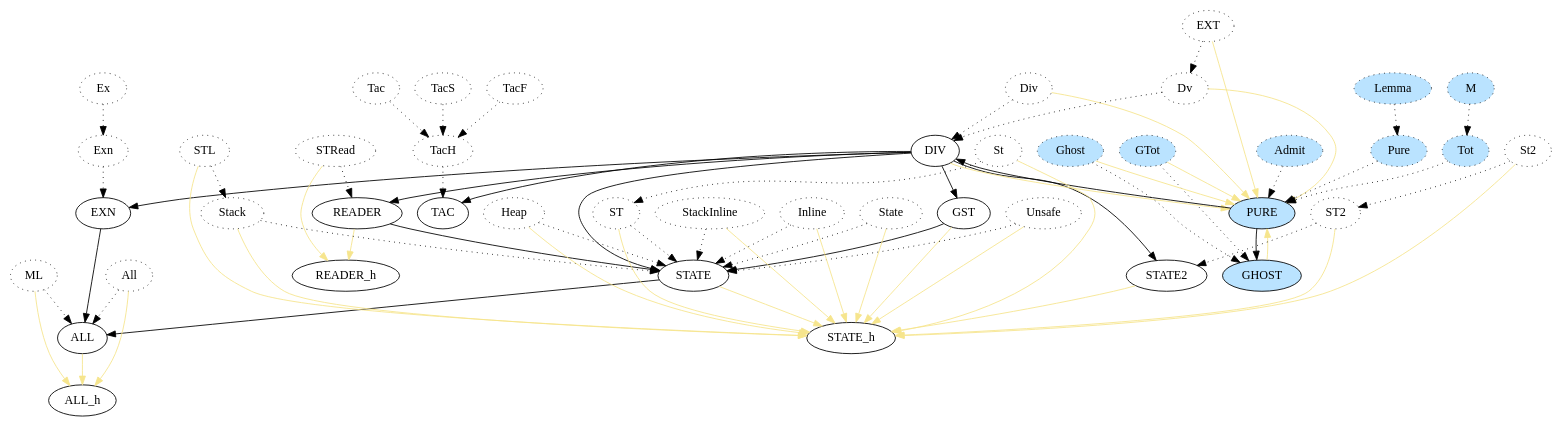
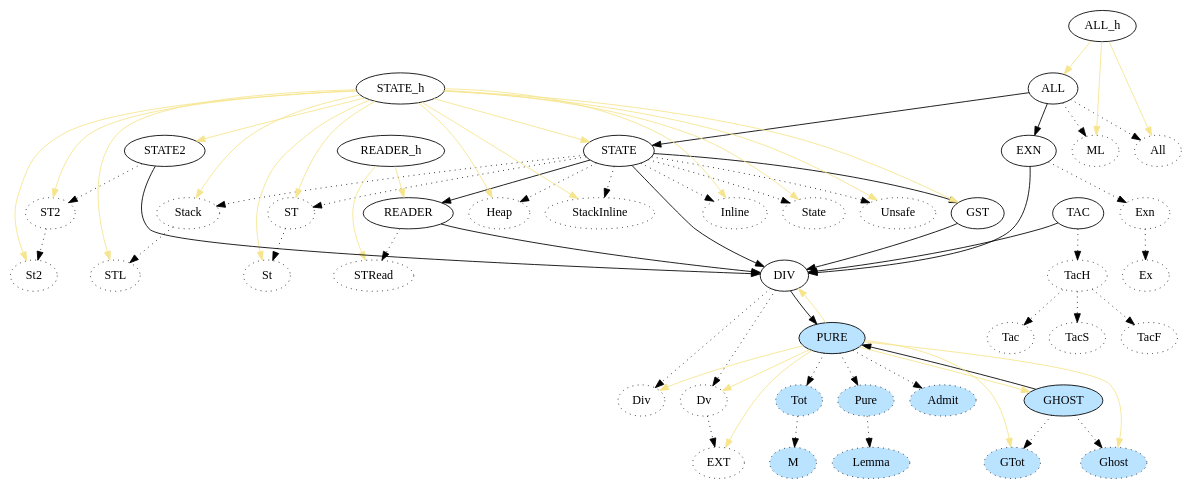
Before and after one commit to W95Psp/fstar-effects-graph-builder: the diagram in effect-lattice.dot, drawn with Graphviz. The commit also changed 4 other files, not shown here.

```diff
--- a/effect-lattice.dot
+++ b/effect-lattice.dot
@@ -1,114 +1,114 @@
 digraph G {
 ALL[tooltip="FStar.HyperStack.All.fst:23",URL="http://github.com/FStarLang/FStar/blob/master/ulib/FStar.HyperStack.All.fst#L23"];
 GST[tooltip="FStar.ST.fst:26",URL="http://github.com/FStarLang/FStar/blob/master/ulib/FStar.ST.fst#L26"];
 STATE[tooltip="reclaimable/FStar.ST.fst:29",URL="http://github.com/FStarLang/FStar/blob/master/ulib/reclaimable/FStar.ST.fst#L29"];
 DIV[tooltip="FStar.Pervasives.fst:36",URL="http://github.com/FStarLang/FStar/blob/master/ulib/FStar.Pervasives.fst#L36"];
 STATE_h[tooltip="FStar.Pervasives.fst:99",URL="http://github.com/FStarLang/FStar/blob/master/ulib/FStar.Pervasives.fst#L99"];
 EXN[tooltip="FStar.Pervasives.fst:154",URL="http://github.com/FStarLang/FStar/blob/master/ulib/FStar.Pervasives.fst#L154"];
 ALL_h[tooltip="FStar.Pervasives.fst:222",URL="http://github.com/FStarLang/FStar/blob/master/ulib/FStar.Pervasives.fst#L222"];
 READER[tooltip="FStar.Reader.fst:82",URL="http://github.com/FStarLang/FStar/blob/master/ulib/FStar.Reader.fst#L82"];
 READER_h[tooltip="FStar.Reader.fst:68",URL="http://github.com/FStarLang/FStar/blob/master/ulib/FStar.Reader.fst#L68"];
 STATE2[tooltip="FStar.Relational.Comp.fst:24",URL="http://github.com/FStarLang/FStar/blob/master/ulib/FStar.Relational.Comp.fst#L24"];
 TAC[tooltip="FStar.Tactics.Effect.fst:83",URL="http://github.com/FStarLang/FStar/blob/master/ulib/FStar.Tactics.Effect.fst#L83"];
 GHOST[style="filled",fillcolor="#bae3ff",tooltip="prims.fst:243",URL="http://github.com/FStarLang/FStar/blob/master/ulib/prims.fst#L243"];
 PURE[style="filled",fillcolor="#bae3ff",tooltip="prims.fst:218",URL="http://github.com/FStarLang/FStar/blob/master/ulib/prims.fst#L218"];
+STRead[style="dotted",tooltip="FStar.Reader.fst:83",URL="http://github.com/FStarLang/FStar/blob/master/ulib/FStar.Reader.fst#L83"];
 All[style="dotted",tooltip="FStar.All.fst:33",URL="http://github.com/FStarLang/FStar/blob/master/ulib/FStar.All.fst#L33"];
-ML[style="dotted",tooltip="FStar.All.fst:37",URL="http://github.com/FStarLang/FStar/blob/master/ulib/FStar.All.fst#L37"];
 Unsafe[style="dotted",tooltip="FStar.HyperStack.ST.fsti:97",URL="http://github.com/FStarLang/FStar/blob/master/ulib/FStar.HyperStack.ST.fsti#L97"];
 Stack[style="dotted",tooltip="FStar.HyperStack.ST.fsti:202",URL="http://github.com/FStarLang/FStar/blob/master/ulib/FStar.HyperStack.ST.fsti#L202"];
 Heap[style="dotted",tooltip="FStar.HyperStack.ST.fsti:213",URL="http://github.com/FStarLang/FStar/blob/master/ulib/FStar.HyperStack.ST.fsti#L213"];
 ST[style="dotted",tooltip="FStar.HyperStack.ST.fsti:226",URL="http://github.com/FStarLang/FStar/blob/master/ulib/FStar.HyperStack.ST.fsti#L226"];
 St[style="dotted",tooltip="FStar.HyperStack.ST.fsti:229",URL="http://github.com/FStarLang/FStar/blob/master/ulib/FStar.HyperStack.ST.fsti#L229"];
 StackInline[style="dotted",tooltip="FStar.HyperStack.ST.fsti:246",URL="http://github.com/FStarLang/FStar/blob/master/ulib/FStar.HyperStack.ST.fsti#L246"];
 Inline[style="dotted",tooltip="FStar.HyperStack.ST.fsti:264",URL="http://github.com/FStarLang/FStar/blob/master/ulib/FStar.HyperStack.ST.fsti#L264"];
 STL[style="dotted",tooltip="FStar.HyperStack.ST.fsti:272",URL="http://github.com/FStarLang/FStar/blob/master/ulib/FStar.HyperStack.ST.fsti#L272"];
 Div[style="dotted",tooltip="FStar.Pervasives.fst:38",URL="http://github.com/FStarLang/FStar/blob/master/ulib/FStar.Pervasives.fst#L38"];
 Dv[style="dotted",tooltip="FStar.Pervasives.fst:41",URL="http://github.com/FStarLang/FStar/blob/master/ulib/FStar.Pervasives.fst#L41"];
 EXT[style="dotted",tooltip="FStar.Pervasives.fst:47",URL="http://github.com/FStarLang/FStar/blob/master/ulib/FStar.Pervasives.fst#L47"];
 Exn[style="dotted",tooltip="FStar.Pervasives.fst:168",URL="http://github.com/FStarLang/FStar/blob/master/ulib/FStar.Pervasives.fst#L168"];
 Ex[style="dotted",tooltip="FStar.Pervasives.fst:173",URL="http://github.com/FStarLang/FStar/blob/master/ulib/FStar.Pervasives.fst#L173"];
-STRead[style="dotted",tooltip="FStar.Reader.fst:83",URL="http://github.com/FStarLang/FStar/blob/master/ulib/FStar.Reader.fst#L83"];
+ML[style="dotted",tooltip="FStar.All.fst:37",URL="http://github.com/FStarLang/FStar/blob/master/ulib/FStar.All.fst#L37"];
 ST2[style="dotted",tooltip="FStar.Relational.Comp.fst:29",URL="http://github.com/FStarLang/FStar/blob/master/ulib/FStar.Relational.Comp.fst#L29"];
 St2[style="dotted",tooltip="FStar.Relational.Comp.fst:32",URL="http://github.com/FStarLang/FStar/blob/master/ulib/FStar.Relational.Comp.fst#L32"];
 State[style="dotted",tooltip="FStar.ST.fst:69",URL="http://github.com/FStarLang/FStar/blob/master/ulib/FStar.ST.fst#L69"];
 TacH[style="dotted",tooltip="FStar.Tactics.Effect.fst:93",URL="http://github.com/FStarLang/FStar/blob/master/ulib/FStar.Tactics.Effect.fst#L93"];
 Tac[style="dotted",tooltip="FStar.Tactics.Effect.fst:97",URL="http://github.com/FStarLang/FStar/blob/master/ulib/FStar.Tactics.Effect.fst#L97"];
 TacS[style="dotted",tooltip="FStar.Tactics.Effect.fst:100",URL="http://github.com/FStarLang/FStar/blob/master/ulib/FStar.Tactics.Effect.fst#L100"];
 TacF[style="dotted",tooltip="FStar.Tactics.Effect.fst:103",URL="http://github.com/FStarLang/FStar/blob/master/ulib/FStar.Tactics.Effect.fst#L103"];
 Pure[style="dotted,filled",fillcolor="#bae3ff",tooltip="prims.fst:236",URL="http://github.com/FStarLang/FStar/blob/master/ulib/prims.fst#L236"];
 Admit[style="dotted,filled",fillcolor="#bae3ff",tooltip="prims.fst:238",URL="http://github.com/FStarLang/FStar/blob/master/ulib/prims.fst#L238"];
 Tot[style="dotted,filled",fillcolor="#bae3ff",tooltip="prims.fst:242",URL="http://github.com/FStarLang/FStar/blob/master/ulib/prims.fst#L242"];
 GTot[style="dotted,filled",fillcolor="#bae3ff",tooltip="prims.fst:254",URL="http://github.com/FStarLang/FStar/blob/master/ulib/prims.fst#L254"];
 Ghost[style="dotted,filled",fillcolor="#bae3ff",tooltip="prims.fst:255",URL="http://github.com/FStarLang/FStar/blob/master/ulib/prims.fst#L255"];
 Lemma[style="dotted,filled",fillcolor="#bae3ff",tooltip="prims.fst:392",URL="http://github.com/FStarLang/FStar/blob/master/ulib/prims.fst#L392"];
 M[style="dotted,filled",fillcolor="#bae3ff",tooltip="prims.fst:398",URL="http://github.com/FStarLang/FStar/blob/master/ulib/prims.fst#L398"];
-GST->STATE[tooltip="FStar.ST.fst:68",URL="http://github.com/FStarLang/FStar/blob/master/ulib/FStar.ST.fst#L68"];
-STATE->ALL[tooltip="FStar.HyperStack.All.fst:26",URL="http://github.com/FStarLang/FStar/blob/master/ulib/FStar.HyperStack.All.fst#L26"];
-DIV->GST[tooltip="FStar.ST.fst:34",URL="http://github.com/FStarLang/FStar/blob/master/ulib/FStar.ST.fst#L34"];
-DIV->STATE[tooltip="reclaimable/FStar.ST.fst:31",URL="http://github.com/FStarLang/FStar/blob/master/ulib/reclaimable/FStar.ST.fst#L31"];
-DIV->EXN[tooltip="FStar.Pervasives.fst:172",URL="http://github.com/FStarLang/FStar/blob/master/ulib/FStar.Pervasives.fst#L172"];
-DIV->READER[tooltip="FStar.Reader.fst:95",URL="http://github.com/FStarLang/FStar/blob/master/ulib/FStar.Reader.fst#L95"];
-DIV->STATE2[tooltip="FStar.Relational.Comp.fst:33",URL="http://github.com/FStarLang/FStar/blob/master/ulib/FStar.Relational.Comp.fst#L33"];
-DIV->TAC[tooltip="FStar.Tactics.Effect.fst:109",URL="http://github.com/FStarLang/FStar/blob/master/ulib/FStar.Tactics.Effect.fst#L109"];
-EXN->ALL[tooltip="FStar.HyperStack.All.fst:29",URL="http://github.com/FStarLang/FStar/blob/master/ulib/FStar.HyperStack.All.fst#L29"];
-READER->STATE[tooltip="FStar.Reader.fst:93",URL="http://github.com/FStarLang/FStar/blob/master/ulib/FStar.Reader.fst#L93"];
-PURE->DIV[tooltip="FStar.Pervasives.fst:37",URL="http://github.com/FStarLang/FStar/blob/master/ulib/FStar.Pervasives.fst#L37"];
-PURE->GHOST[tooltip="prims.fst:250",URL="http://github.com/FStarLang/FStar/blob/master/ulib/prims.fst#L250"];
-All->ALL[style="dotted"];
-ML->ALL[style="dotted"];
-Unsafe->STATE[style="dotted"];
-Stack->STATE[style="dotted"];
-Heap->STATE[style="dotted"];
-ST->STATE[style="dotted"];
-St->ST[style="dotted"];
-StackInline->STATE[style="dotted"];
-Inline->STATE[style="dotted"];
-STL->Stack[style="dotted"];
-Div->DIV[style="dotted"];
-Dv->DIV[style="dotted"];
-EXT->Dv[style="dotted"];
-Exn->EXN[style="dotted"];
-Ex->Exn[style="dotted"];
-STRead->READER[style="dotted"];
-ST2->STATE2[style="dotted"];
-St2->ST2[style="dotted"];
-State->STATE[style="dotted"];
-TacH->TAC[style="dotted"];
-Tac->TacH[style="dotted"];
-TacS->TacH[style="dotted"];
-TacF->TacH[style="dotted"];
-Pure->PURE[style="dotted"];
-Admit->PURE[style="dotted"];
-Tot->PURE[style="dotted"];
-GTot->GHOST[style="dotted"];
-Ghost->GHOST[style="dotted"];
-Lemma->Pure[style="dotted"];
-M->Tot[style="dotted"];
-ALL->ALL_h[color="#f6e58d"];
-GST->STATE_h[color="#f6e58d"];
-STATE->STATE_h[color="#f6e58d"];
-DIV->PURE[color="#f6e58d"];
-READER->READER_h[color="#f6e58d"];
-STATE2->STATE_h[color="#f6e58d"];
-GHOST->PURE[color="#f6e58d"];
-All->ALL_h[color="#f6e58d"];
-ML->ALL_h[color="#f6e58d"];
-Unsafe->STATE_h[color="#f6e58d"];
-Stack->STATE_h[color="#f6e58d"];
-Heap->STATE_h[color="#f6e58d"];
-ST->STATE_h[color="#f6e58d"];
-St->STATE_h[color="#f6e58d"];
-StackInline->STATE_h[color="#f6e58d"];
-Inline->STATE_h[color="#f6e58d"];
-STL->STATE_h[color="#f6e58d"];
-Div->PURE[color="#f6e58d"];
-Dv->PURE[color="#f6e58d"];
-EXT->PURE[color="#f6e58d"];
-STRead->READER_h[color="#f6e58d"];
-ST2->STATE_h[color="#f6e58d"];
-St2->STATE_h[color="#f6e58d"];
-State->STATE_h[color="#f6e58d"];
-GTot->PURE[color="#f6e58d"];
-Ghost->PURE[color="#f6e58d"];
+STATE->GST[tooltip="FStar.ST.fst:68",URL="http://github.com/FStarLang/FStar/blob/master/ulib/FStar.ST.fst#L68"];
+ALL->STATE[tooltip="FStar.HyperStack.All.fst:26",URL="http://github.com/FStarLang/FStar/blob/master/ulib/FStar.HyperStack.All.fst#L26"];
+GST->DIV[tooltip="FStar.ST.fst:34",URL="http://github.com/FStarLang/FStar/blob/master/ulib/FStar.ST.fst#L34"];
+STATE->DIV[tooltip="reclaimable/FStar.ST.fst:31",URL="http://github.com/FStarLang/FStar/blob/master/ulib/reclaimable/FStar.ST.fst#L31"];
+EXN->DIV[tooltip="FStar.Pervasives.fst:172",URL="http://github.com/FStarLang/FStar/blob/master/ulib/FStar.Pervasives.fst#L172"];
+READER->DIV[tooltip="FStar.Reader.fst:95",URL="http://github.com/FStarLang/FStar/blob/master/ulib/FStar.Reader.fst#L95"];
+STATE2->DIV[tooltip="FStar.Relational.Comp.fst:33",URL="http://github.com/FStarLang/FStar/blob/master/ulib/FStar.Relational.Comp.fst#L33"];
+TAC->DIV[tooltip="FStar.Tactics.Effect.fst:109",URL="http://github.com/FStarLang/FStar/blob/master/ulib/FStar.Tactics.Effect.fst#L109"];
+ALL->EXN[tooltip="FStar.HyperStack.All.fst:29",URL="http://github.com/FStarLang/FStar/blob/master/ulib/FStar.HyperStack.All.fst#L29"];
+STATE->READER[tooltip="FStar.Reader.fst:93",URL="http://github.com/FStarLang/FStar/blob/master/ulib/FStar.Reader.fst#L93"];
+DIV->PURE[tooltip="FStar.Pervasives.fst:37",URL="http://github.com/FStarLang/FStar/blob/master/ulib/FStar.Pervasives.fst#L37"];
+GHOST->PURE[tooltip="prims.fst:250",URL="http://github.com/FStarLang/FStar/blob/master/ulib/prims.fst#L250"];
+READER->STRead[style="dotted"];
+ALL->All[style="dotted"];
+STATE->Unsafe[style="dotted"];
+STATE->Stack[style="dotted"];
+STATE->Heap[style="dotted"];
+STATE->ST[style="dotted"];
+ST->St[style="dotted"];
+STATE->StackInline[style="dotted"];
+STATE->Inline[style="dotted"];
+Stack->STL[style="dotted"];
+DIV->Div[style="dotted"];
+DIV->Dv[style="dotted"];
+Dv->EXT[style="dotted"];
+EXN->Exn[style="dotted"];
+Exn->Ex[style="dotted"];
+ALL->ML[style="dotted"];
+STATE2->ST2[style="dotted"];
+ST2->St2[style="dotted"];
+STATE->State[style="dotted"];
+TAC->TacH[style="dotted"];
+TacH->Tac[style="dotted"];
+TacH->TacS[style="dotted"];
+TacH->TacF[style="dotted"];
+PURE->Pure[style="dotted"];
+PURE->Admit[style="dotted"];
+PURE->Tot[style="dotted"];
+GHOST->GTot[style="dotted"];
+GHOST->Ghost[style="dotted"];
+Pure->Lemma[style="dotted"];
+Tot->M[style="dotted"];
+ALL_h->ALL[color="#f6e58d"];
+STATE_h->GST[color="#f6e58d"];
+STATE_h->STATE[color="#f6e58d"];
+PURE->DIV[color="#f6e58d"];
+READER_h->READER[color="#f6e58d"];
+STATE_h->STATE2[color="#f6e58d"];
+PURE->GHOST[color="#f6e58d"];
+READER_h->STRead[color="#f6e58d"];
+ALL_h->All[color="#f6e58d"];
+STATE_h->Unsafe[color="#f6e58d"];
+STATE_h->Stack[color="#f6e58d"];
+STATE_h->Heap[color="#f6e58d"];
+STATE_h->ST[color="#f6e58d"];
+STATE_h->St[color="#f6e58d"];
+STATE_h->StackInline[color="#f6e58d"];
+STATE_h->Inline[color="#f6e58d"];
+STATE_h->STL[color="#f6e58d"];
+PURE->Div[color="#f6e58d"];
+PURE->Dv[color="#f6e58d"];
+PURE->EXT[color="#f6e58d"];
+ALL_h->ML[color="#f6e58d"];
+STATE_h->ST2[color="#f6e58d"];
+STATE_h->St2[color="#f6e58d"];
+STATE_h->State[color="#f6e58d"];
+PURE->GTot[color="#f6e58d"];
+PURE->Ghost[color="#f6e58d"];
 
 }
```
